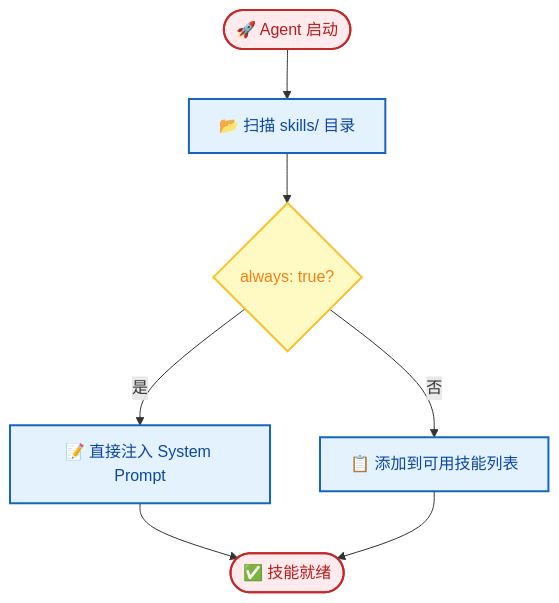
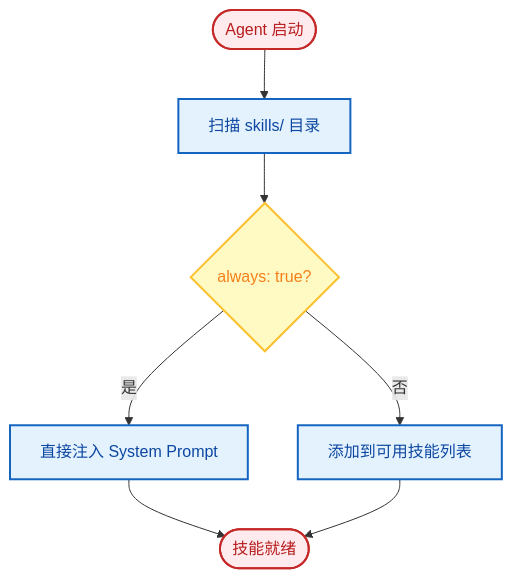
The third of 4 diagrams in docs/zh-CN/guide/extension.md (xt765/FinchBot), drawn with Mermaid before and after one commit. The commit also changed other lines of this file and 18 other files, not shown here.

First line of the commit message:
docs: 简化架构图并删除所有mermaid图中的表情包

````diff
--- a/docs/zh-CN/guide/extension.md
+++ b/docs/zh-CN/guide/extension.md
@@ -241,14 +240,13 @@
 ```mermaid
 flowchart TD
-    %% 样式定义
     classDef startEnd fill:#ffebee,stroke:#c62828,stroke-width:2px,color:#b71c1c;
     classDef process fill:#e3f2fd,stroke:#1565c0,stroke-width:2px,color:#0d47a1;
     classDef decision fill:#fff9c4,stroke:#fbc02d,stroke-width:2px,color:#f57f17;
 
-    A([🚀 Agent 启动]):::startEnd --> B[📂 扫描 skills/ 目录]:::process
+    A([Agent 启动]):::startEnd --> B[扫描 skills/ 目录]:::process
     B --> C{always: true?}:::decision
-    C -->|是| D[📝 直接注入 System Prompt]:::process
-    C -->|否| E[📋 添加到可用技能列表]:::process
-    D --> F([✅ 技能就绪]):::startEnd
+    C -->|是| D[直接注入 System Prompt]:::process
+    C -->|否| E[添加到可用技能列表]:::process
+    D --> F([技能就绪]):::startEnd
     E --> F
 ```
````
